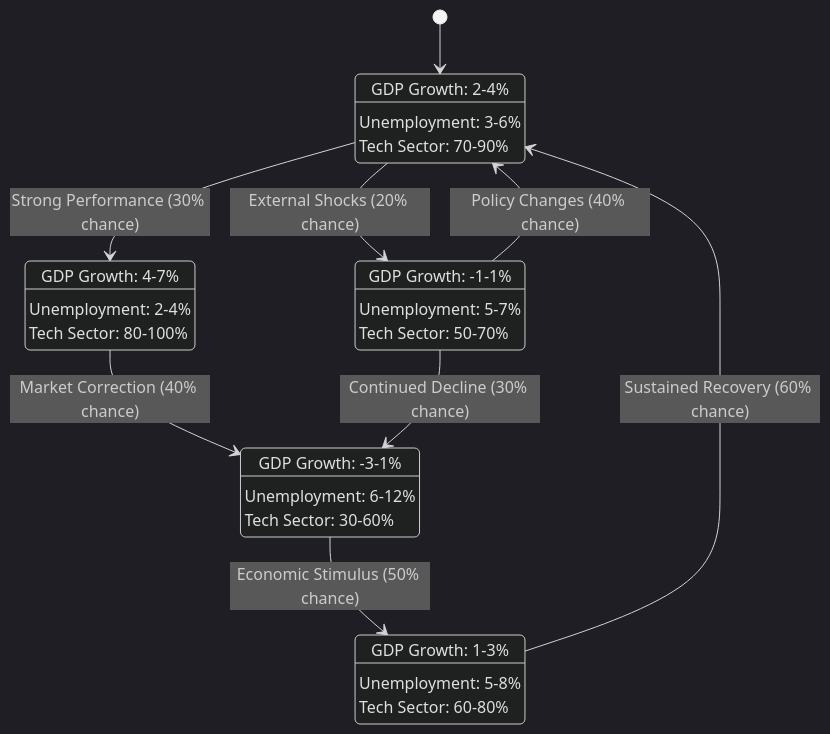
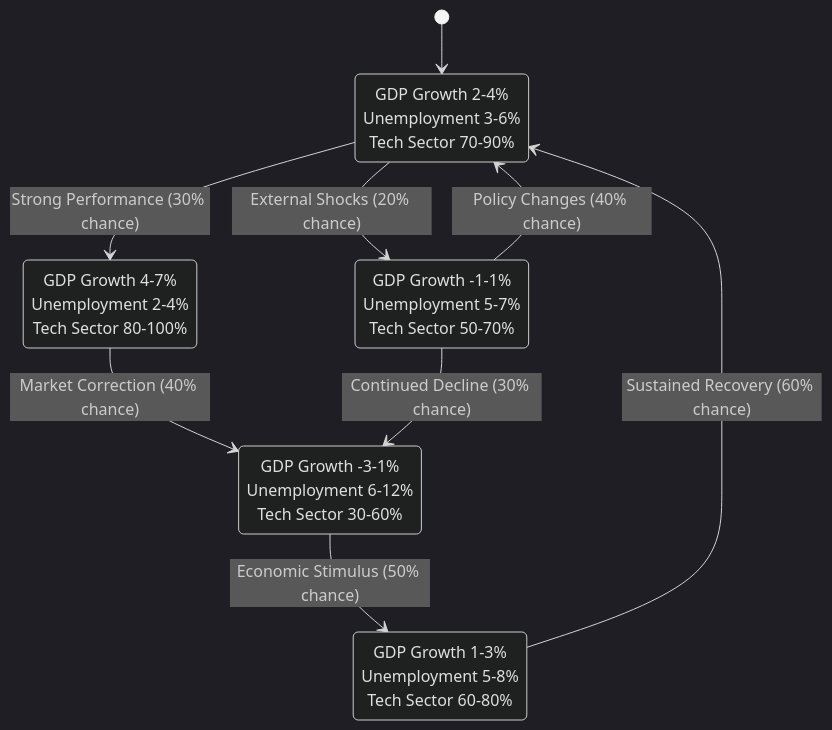
Before and after one commit to gregorizeidler/dynamic_organizational_digital_twin_IA: the sixth of 13 diagrams in README.md, drawn with Mermaid (dark theme).

Commit message:
🔧 Fix Mermaid diagram syntax error in Economic Cycle Simulation
- Fixed stateDiagram-v2 syntax for state descriptions
- Removed problematic double colons in state descriptors
- Consolidated multi-line descriptions with <br/> tags
- Now renders correctly on GitHub

````diff
--- a/README.md
+++ b/README.md
@@ -236,31 +236,21 @@
 ```mermaid
 stateDiagram-v2
     [*] --> Growth
     Growth --> Boom : Strong Performance (30% chance)
     Boom --> Recession : Market Correction (40% chance)
     Recession --> Recovery : Economic Stimulus (50% chance)
     Recovery --> Growth : Sustained Recovery (60% chance)
     Growth --> Stagnation : External Shocks (20% chance)
     Stagnation --> Growth : Policy Changes (40% chance)
     Stagnation --> Recession : Continued Decline (30% chance)
     
-    Growth : GDP Growth: 2-4%
-    Growth : Unemployment: 3-6%
-    Growth : Tech Sector: 70-90%
+    Growth : GDP Growth 2-4%<br/>Unemployment 3-6%<br/>Tech Sector 70-90%
     
-    Boom : GDP Growth: 4-7%
-    Boom : Unemployment: 2-4%
-    Boom : Tech Sector: 80-100%
+    Boom : GDP Growth 4-7%<br/>Unemployment 2-4%<br/>Tech Sector 80-100%
     
-    Recession : GDP Growth: -3-1%
-    Recession : Unemployment: 6-12%
-    Recession : Tech Sector: 30-60%
+    Recession : GDP Growth -3-1%<br/>Unemployment 6-12%<br/>Tech Sector 30-60%
     
-    Recovery : GDP Growth: 1-3%
-    Recovery : Unemployment: 5-8%
-    Recovery : Tech Sector: 60-80%
+    Recovery : GDP Growth 1-3%<br/>Unemployment 5-8%<br/>Tech Sector 60-80%
     
-    Stagnation : GDP Growth: -1-1%
-    Stagnation : Unemployment: 5-7%
-    Stagnation : Tech Sector: 50-70%
+    Stagnation : GDP Growth -1-1%<br/>Unemployment 5-7%<br/>Tech Sector 50-70%
 ```
````
